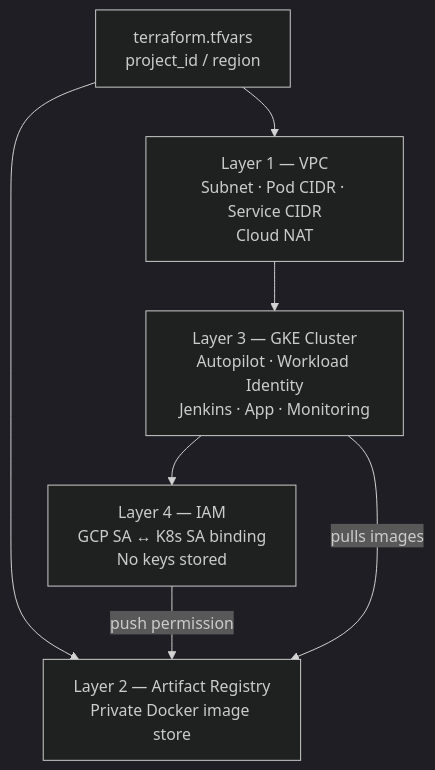
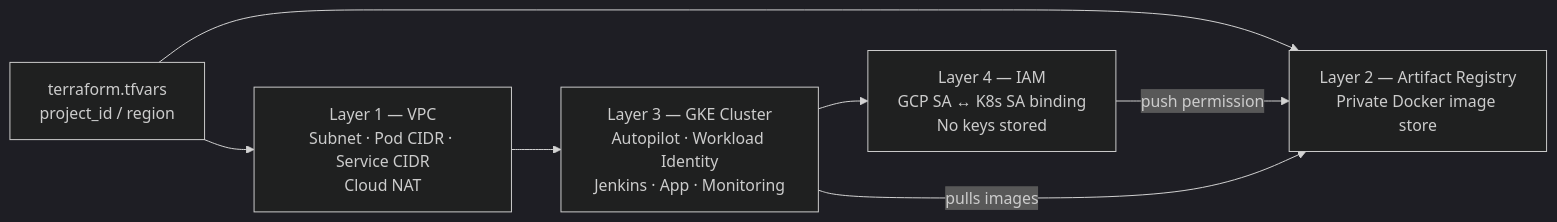
Before and after one commit to fxdev00/BarberOps-X: the second of 3 diagrams in README.md, drawn with Mermaid (dark theme). The commit also changed other lines of this file, not shown here.

````diff
--- a/README.md
+++ b/README.md
@@ -77,13 +86,13 @@
 ```mermaid
-graph TD
+graph LR
     TF[terraform.tfvars<br/>project_id / region]
 
     TF --> VPC[Layer 1 — VPC<br/>Subnet · Pod CIDR · Service CIDR<br/>Cloud NAT]
     TF --> AR[Layer 2 — Artifact Registry<br/>Private Docker image store]
 
     VPC --> GKE[Layer 3 — GKE Cluster<br/>Autopilot · Workload Identity<br/>Jenkins · App · Monitoring]
     GKE --> IAM[Layer 4 — IAM<br/>GCP SA ↔ K8s SA binding<br/>No keys stored]
 
     IAM -->|push permission| AR
     GKE -->|pulls images| AR
 ```
````
